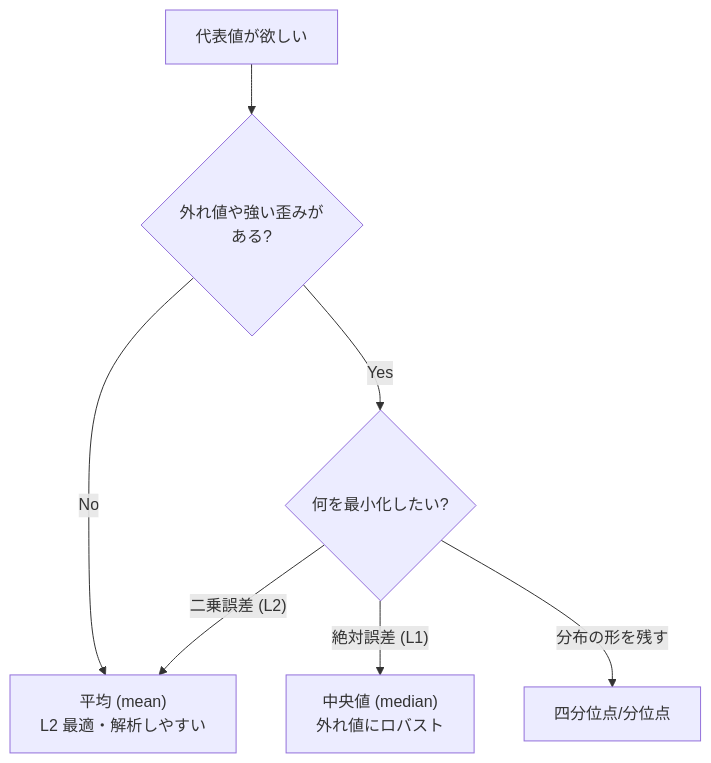
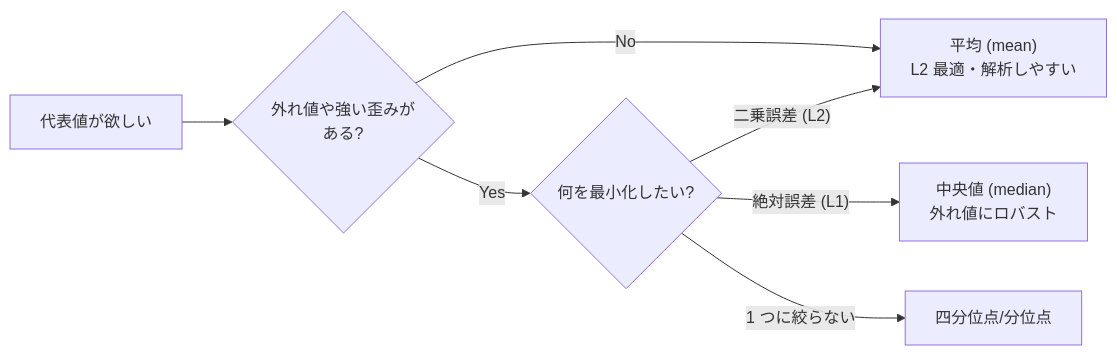
The diagram in projects/ml/notes/math/mean/index.md (nao1215/debimate), drawn with Mermaid before and after one commit. The commit also changed other lines of this file and 33 other files, not shown here.

````diff
--- a/projects/ml/notes/math/mean/index.md
+++ b/projects/ml/notes/math/mean/index.md
@@ -35,9 +39,9 @@
 ```mermaid
-graph TD
+flowchart LR
     A["代表値が欲しい"] --> B{"外れ値や強い歪みが<br/>ある?"}
     B -->|No| C["平均 (mean)<br/>L2 最適・解析しやすい"]
     B -->|Yes| D{"何を最小化したい?"}
     D -->|"二乗誤差 (L2)"| C
     D -->|"絶対誤差 (L1)"| E["中央値 (median)<br/>外れ値にロバスト"]
-    D -->|"分布の形を残す"| F["四分位点/分位点"]
+    D -->|"1 つに絞らない"| F["四分位点/分位点"]
 ```
````
